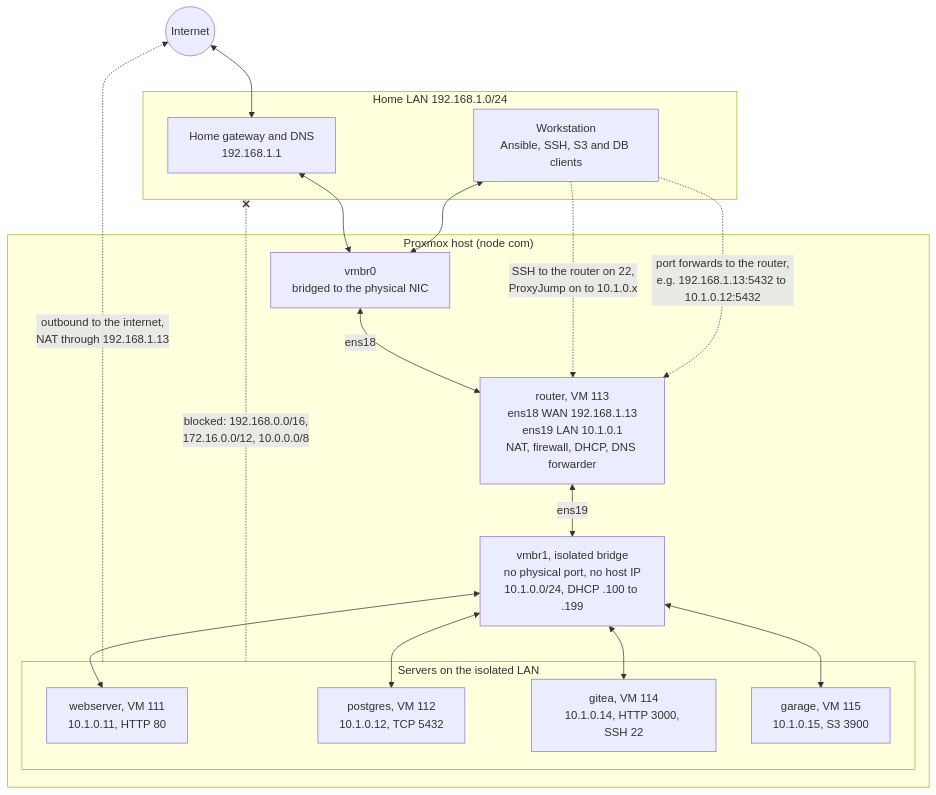
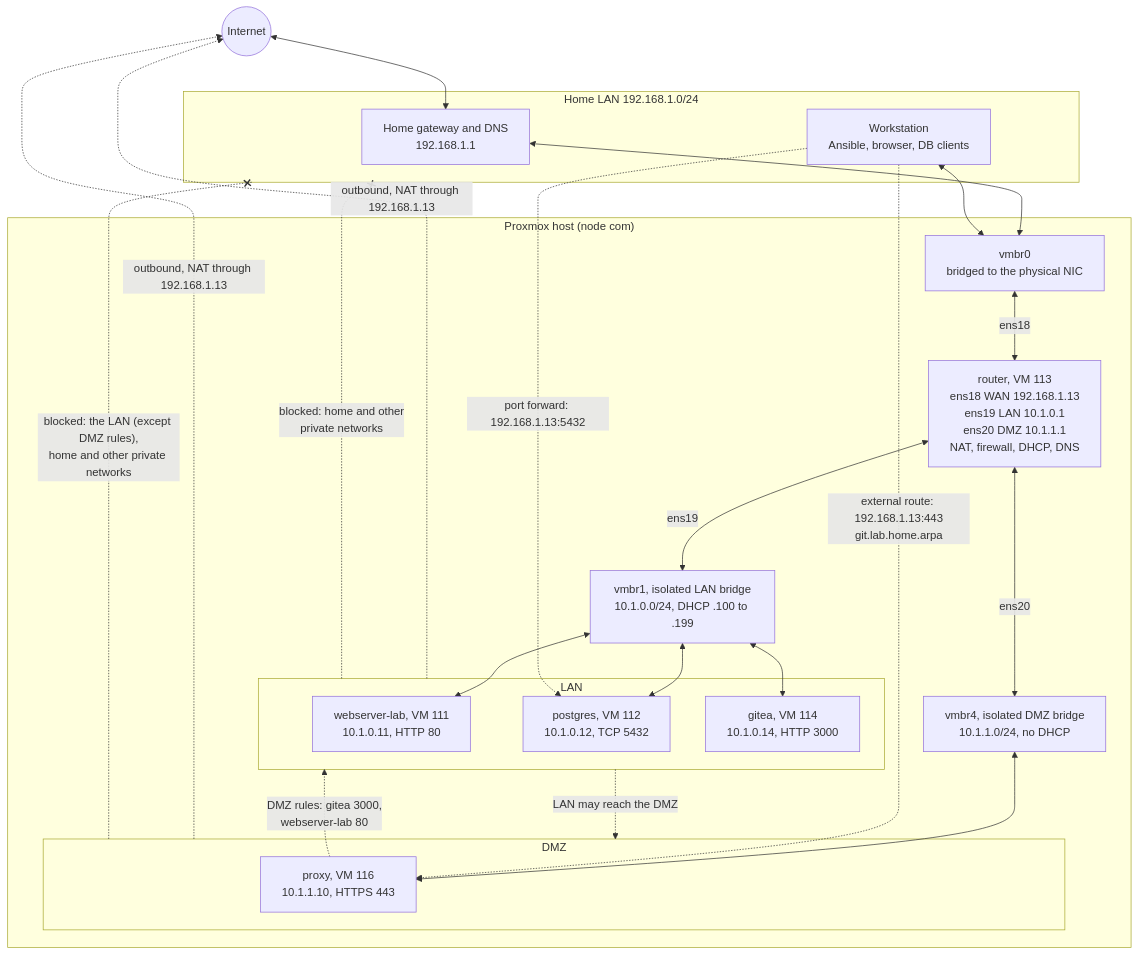
Before and after one commit to mwgolden/nixos: the diagram in README.md, drawn with Mermaid. The commit also changed other lines of this file and 21 other files, not shown here.

````diff
--- a/README.md
+++ b/README.md
@@ -234,39 +326,48 @@
 ```mermaid
 flowchart TB
     internet(("Internet"))
 
     subgraph home["Home LAN 192.168.1.0/24"]
         gateway["Home gateway and DNS<br/>192.168.1.1"]
-        workstation["Workstation<br/>Ansible, SSH, S3 and DB clients"]
+        workstation["Workstation<br/>Ansible, browser, DB clients"]
     end
 
     subgraph proxmox["Proxmox host (node com)"]
         vmbr0["vmbr0<br/>bridged to the physical NIC"]
 
-        router["router, VM 113<br/>ens18 WAN 192.168.1.13<br/>ens19 LAN 10.1.0.1<br/>NAT, firewall, DHCP, DNS forwarder"]
+        router["router, VM 113<br/>ens18 WAN 192.168.1.13<br/>ens19 LAN 10.1.0.1<br/>ens20 DMZ 10.1.1.1<br/>NAT, firewall, DHCP, DNS"]
 
-        vmbr1["vmbr1, isolated bridge<br/>no physical port, no host IP<br/>10.1.0.0/24, DHCP .100 to .199"]
+        vmbr1["vmbr1, isolated LAN bridge<br/>10.1.0.0/24, DHCP .100 to .199"]
+        vmbr4["vmbr4, isolated DMZ bridge<br/>10.1.1.0/24, no DHCP"]
 
-        subgraph servers["Servers on the isolated LAN"]
-            webserver["webserver, VM 111<br/>10.1.0.11, HTTP 80"]
+        subgraph lan["LAN"]
+            webserver["webserver-lab, VM 111<br/>10.1.0.11, HTTP 80"]
             postgres["postgres, VM 112<br/>10.1.0.12, TCP 5432"]
-            gitea["gitea, VM 114<br/>10.1.0.14, HTTP 3000, SSH 22"]
-            garage["garage, VM 115<br/>10.1.0.15, S3 3900"]
+            gitea["gitea, VM 114<br/>10.1.0.14, HTTP 3000"]
+        end
+
+        subgraph dmz["DMZ"]
+            proxy["proxy, VM 116<br/>10.1.1.10, HTTPS 443"]
         end
     end
 
     internet <--> gateway
     gateway <--> vmbr0
     workstation <--> vmbr0
     vmbr0 <-->|"ens18"| router
     router <-->|"ens19"| vmbr1
+    router <-->|"ens20"| vmbr4
     vmbr1 <--> webserver
     vmbr1 <--> postgres
     vmbr1 <--> gitea
-    vmbr1 <--> garage
+    vmbr4 <--> proxy
 
-    servers -.->|"outbound to the internet,<br/>NAT through 192.168.1.13"| internet
-    servers -.-x|"blocked: 192.168.0.0/16,<br/>172.16.0.0/12, 10.0.0.0/8"| home
-    workstation -.->|"SSH to the router on 22,<br/>ProxyJump on to 10.1.0.x"| router
-    workstation -.->|"port forwards to the router,<br/>e.g. 192.168.1.13:5432 to 10.1.0.12:5432"| router
+    workstation -.->|"external route: 192.168.1.13:443<br/>git.lab.home.arpa"| proxy
+    workstation -.->|"port forward: 192.168.1.13:5432"| postgres
+    proxy -.->|"DMZ rules: gitea 3000,<br/>webserver-lab 80"| lan
+    lan -.->|"LAN may reach the DMZ"| dmz
+    lan -.->|"outbound, NAT through 192.168.1.13"| internet
+    dmz -.->|"outbound, NAT through 192.168.1.13"| internet
+    lan -.-x|"blocked: home and other<br/>private networks"| home
+    dmz -.-x|"blocked: the LAN (except DMZ rules),<br/>home and other private networks"| home
 ```
````
